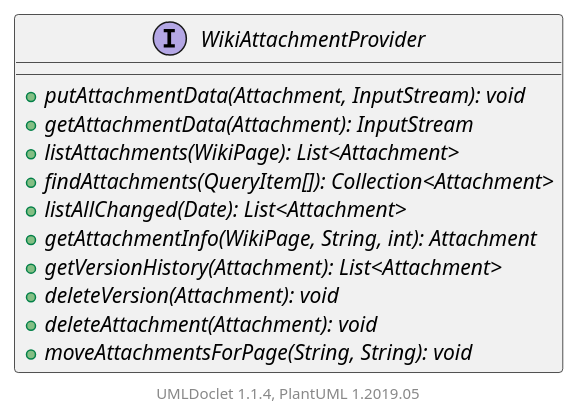
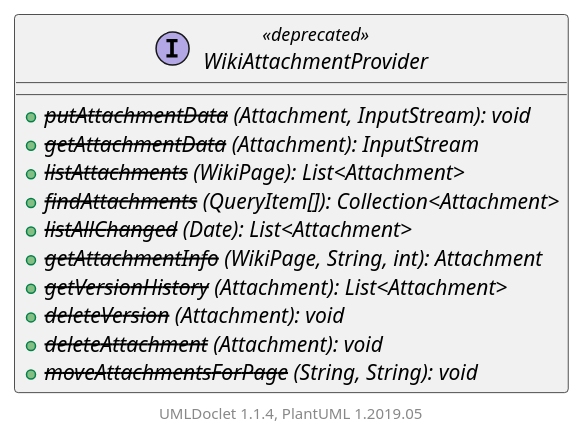
Before and after one commit to apache/jspwiki-site: the diagram in apidocs/2.11.0.M7-SNAPSHOT/org/apache/wiki/providers/WikiAttachmentProvider.puml, drawn with PlantUML. The commit also changed 2126 other files, not shown here.

```diff
--- a/apidocs/2.11.0.M7-SNAPSHOT/org/apache/wiki/providers/WikiAttachmentProvider.puml
+++ b/apidocs/2.11.0.M7-SNAPSHOT/org/apache/wiki/providers/WikiAttachmentProvider.puml
@@ -1,18 +1,18 @@
 @startuml
 
-    interface WikiAttachmentProvider [[WikiAttachmentProvider.html]] {
-        {abstract} +putAttachmentData(Attachment, InputStream): void
-        {abstract} +getAttachmentData(Attachment): InputStream
-        {abstract} +listAttachments(WikiPage): List<Attachment>
-        {abstract} +findAttachments(QueryItem[]): Collection<Attachment>
-        {abstract} +listAllChanged(Date): List<Attachment>
-        {abstract} +getAttachmentInfo(WikiPage, String, int): Attachment
-        {abstract} +getVersionHistory(Attachment): List<Attachment>
-        {abstract} +deleteVersion(Attachment): void
-        {abstract} +deleteAttachment(Attachment): void
-        {abstract} +moveAttachmentsForPage(String, String): void
+    interface WikiAttachmentProvider <<deprecated>> [[WikiAttachmentProvider.html]] {
+        {abstract} + --putAttachmentData-- (Attachment, InputStream): void
+        {abstract} + --getAttachmentData-- (Attachment): InputStream
+        {abstract} + --listAttachments-- (WikiPage): List<Attachment>
+        {abstract} + --findAttachments-- (QueryItem[]): Collection<Attachment>
+        {abstract} + --listAllChanged-- (Date): List<Attachment>
+        {abstract} + --getAttachmentInfo-- (WikiPage, String, int): Attachment
+        {abstract} + --getVersionHistory-- (Attachment): List<Attachment>
+        {abstract} + --deleteVersion-- (Attachment): void
+        {abstract} + --deleteAttachment-- (Attachment): void
+        {abstract} + --moveAttachmentsForPage-- (String, String): void
     }
 
 
     center footer UMLDoclet 1.1.4, PlantUML 1.2019.05
 @enduml
```
